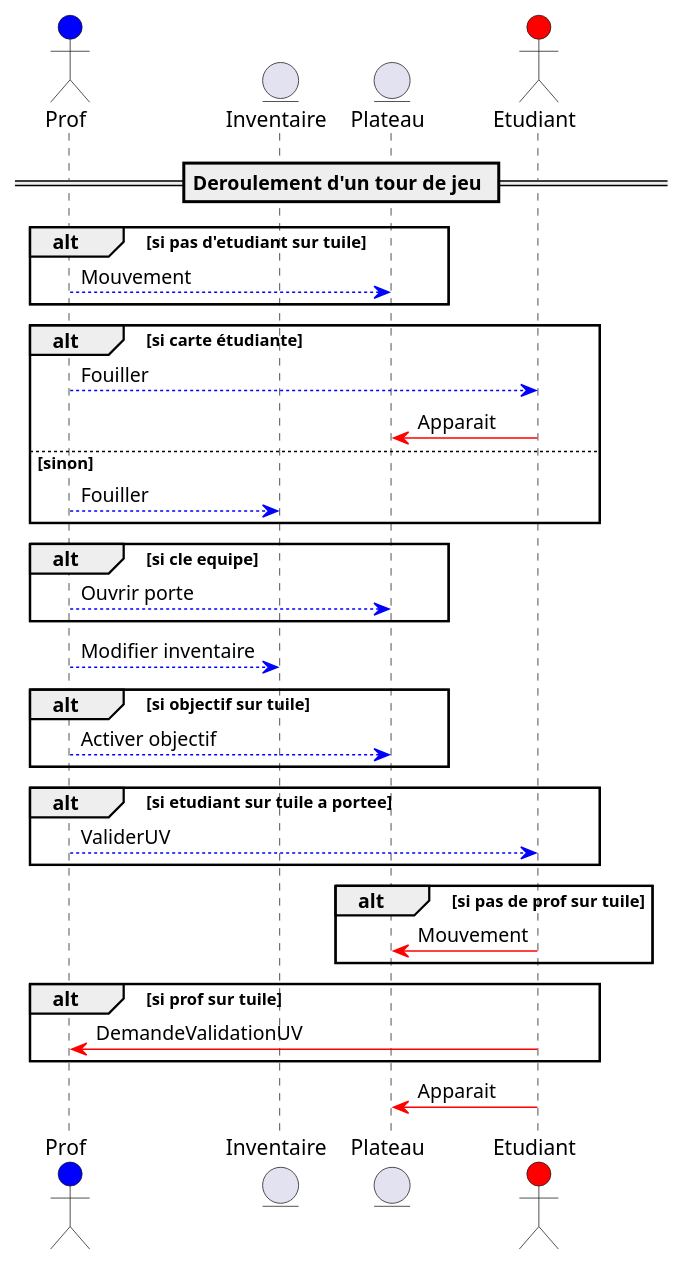
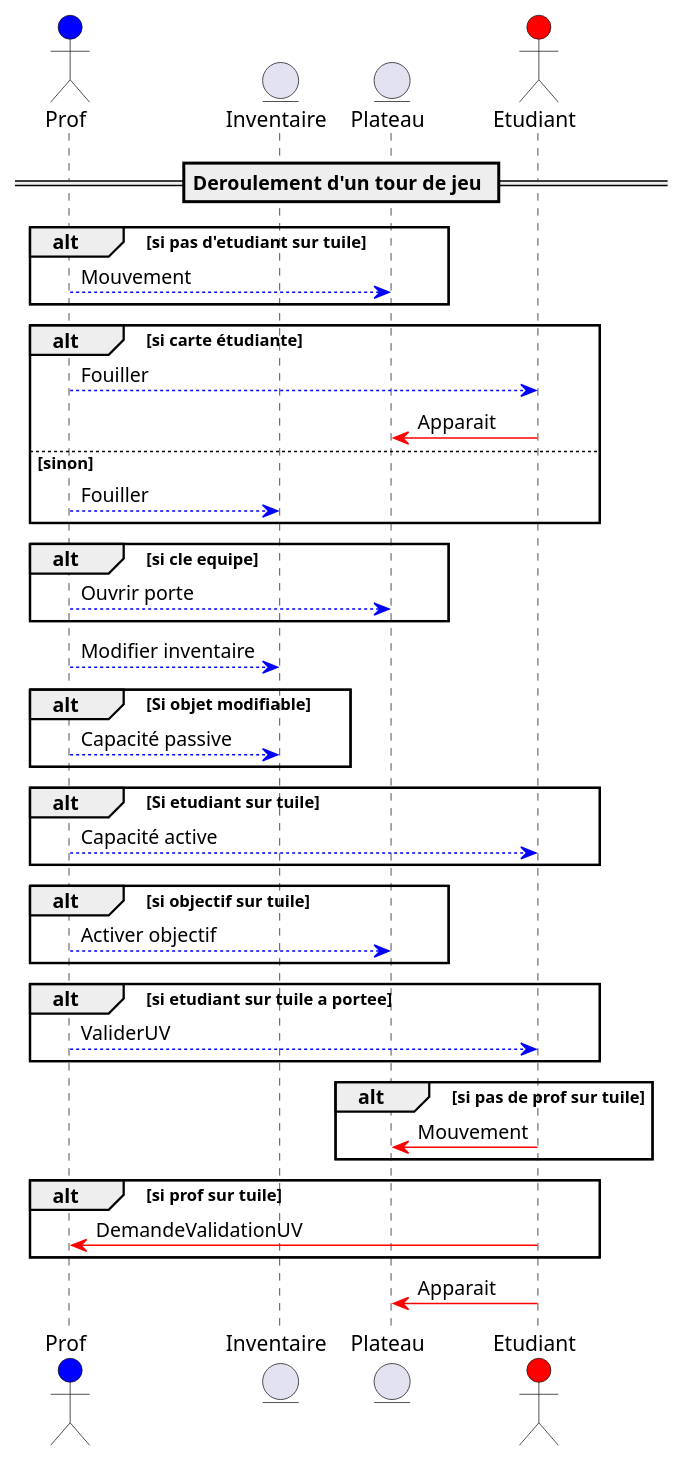
The diagram in UML/UML_Sequence.puml (Erathriel/Projet_LO43), drawn with PlantUML before and after one commit.

```diff
--- a/UML/UML_Sequence.puml
+++ b/UML/UML_Sequence.puml
@@ -1,35 +1,41 @@
 @startuml
 actor Prof #blue
 entity Inventaire
 entity Plateau
 actor Etudiant #red
 
 == Deroulement d'un tour de jeu ==
 
 alt si pas d'etudiant sur tuile
     Prof --[#blue]> Plateau : Mouvement
 end
 alt si carte étudiante
     Prof --[#blue]> Etudiant : Fouiller
     Etudiant -[#red]> Plateau : Apparait
 else sinon
     Prof --[#blue]> Inventaire : Fouiller
 end
 alt si cle equipe
     Prof --[#blue]> Plateau : Ouvrir porte
 end
 Prof --[#blue]> Inventaire : Modifier inventaire
+alt Si objet modifiable
+    Prof --[#blue]> Inventaire : Capacité passive
+end
+alt Si etudiant sur tuile
+    Prof --[#blue]> Etudiant : Capacité active
+end
 alt si objectif sur tuile
     Prof --[#blue]> Plateau : Activer objectif
 end
 alt si etudiant sur tuile a portee
     Prof --[#blue]> Etudiant : ValiderUV
 end
 alt si pas de prof sur tuile
     Etudiant -[#red]> Plateau : Mouvement
 end
 alt si prof sur tuile
     Etudiant -[#red]> Prof : DemandeValidationUV
 end
 Etudiant -[#red]> Plateau : Apparait
 @enduml
```
